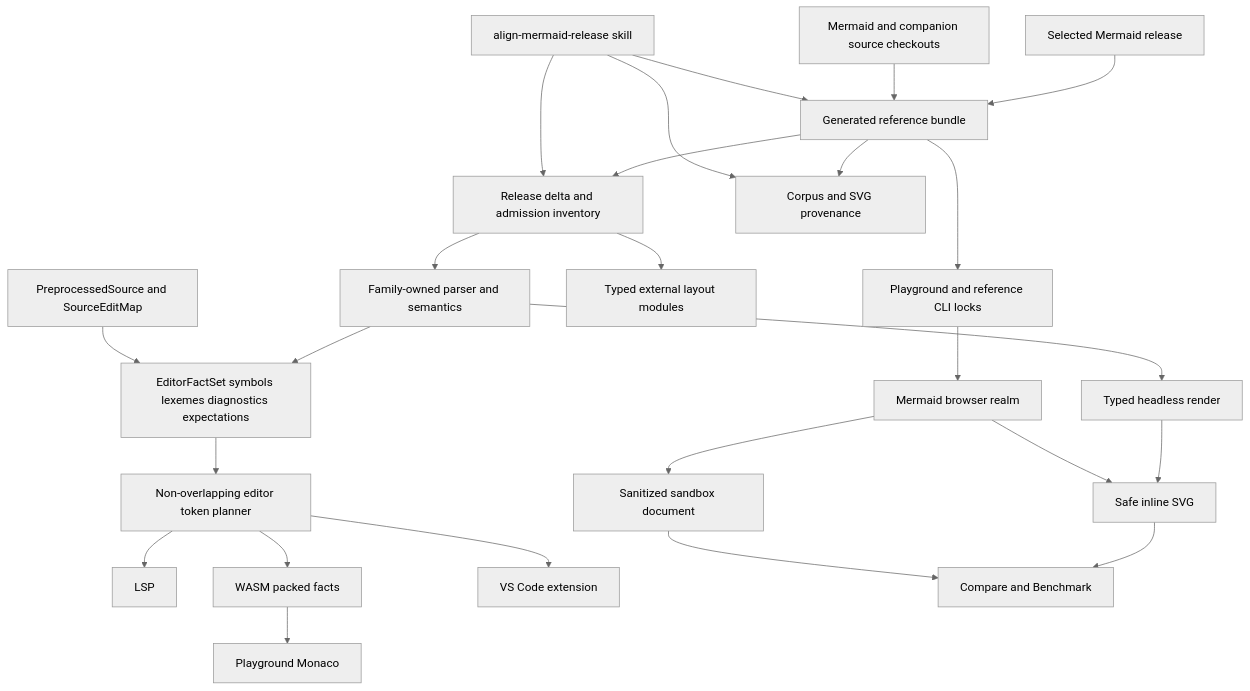
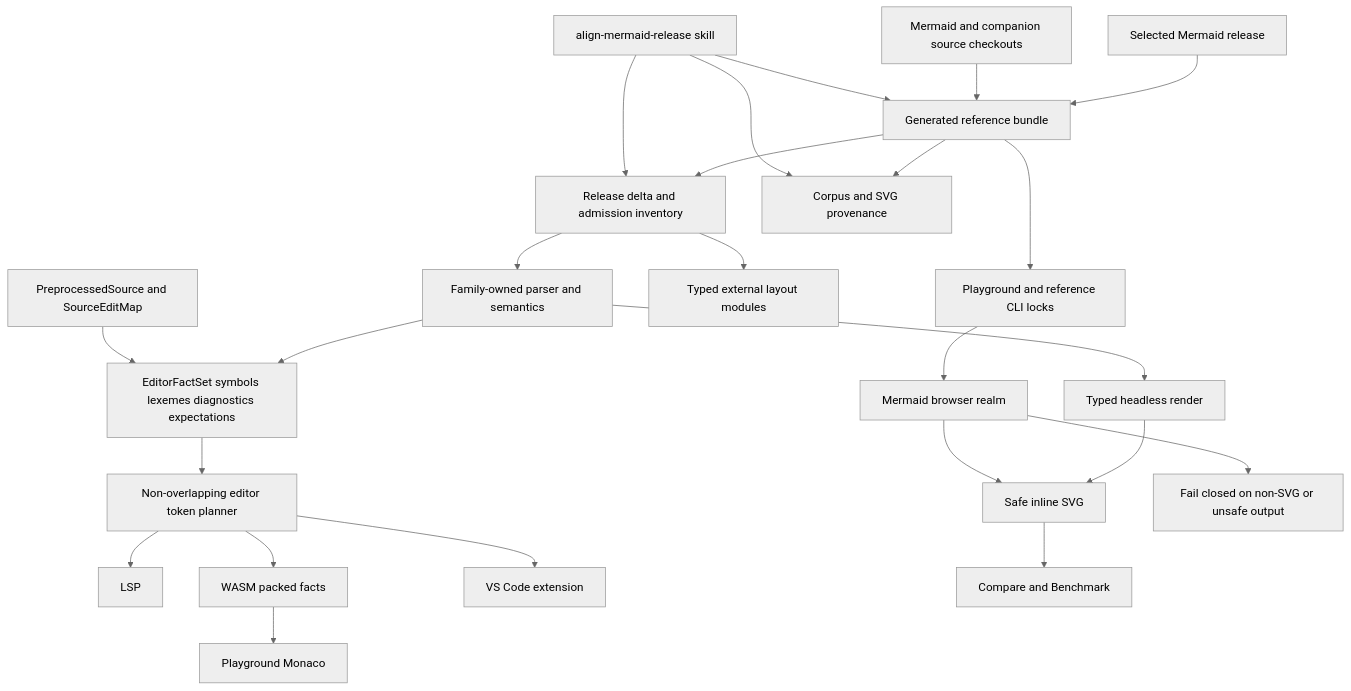
One commit to Latias94/merman changed the diagram in docs/plans/2026-07-19-001-refactor-mermaid-parity-editor-release-alignment-plan.md. Above: the diagram before and after it, drawn with Mermaid (neutral theme). The commit also changed other lines of this file, not shown here.

Commit message:
docs(plan): require strict native SVG publication

````diff
--- a/docs/plans/2026-07-19-001-refactor-mermaid-parity-editor-release-alignment-plan.md
+++ b/docs/plans/2026-07-19-001-refactor-mermaid-parity-editor-release-alignment-plan.md
@@ -228,27 +228,26 @@
 ```mermaid
 flowchart TB
     Release[Selected Mermaid release] --> RefBundle[Generated reference bundle]
     Sources[Mermaid and companion source checkouts] --> RefBundle
     RefBundle --> Admission[Release delta and admission inventory]
     RefBundle --> Locks[Playground and reference CLI locks]
     RefBundle --> Provenance[Corpus and SVG provenance]
     Admission --> Families[Family-owned parser and semantics]
     Admission --> Layouts[Typed external layout modules]
     Families --> Facts[EditorFactSet symbols lexemes diagnostics expectations]
     Preprocess[PreprocessedSource and SourceEditMap] --> Facts
     Facts --> Planner[Non-overlapping editor token planner]
     Planner --> LSP[LSP]
     Planner --> Wasm[WASM packed facts]
     Wasm --> Monaco[Playground Monaco]
     Planner --> VSCode[VS Code extension]
     Families --> Render[Typed headless render]
     Render --> SafeSvg[Safe inline SVG]
     Locks --> MermaidRealm[Mermaid browser realm]
     MermaidRealm --> SafeSvg
-    MermaidRealm --> Rich[Sanitized sandbox document]
     SafeSvg --> Playground[Compare and Benchmark]
-    Rich --> Playground
+    MermaidRealm --> Rejected[Fail closed on non-SVG or unsafe output]
     Skill[align-mermaid-release skill] --> RefBundle
     Skill --> Admission
     Skill --> Provenance
 ```
````
